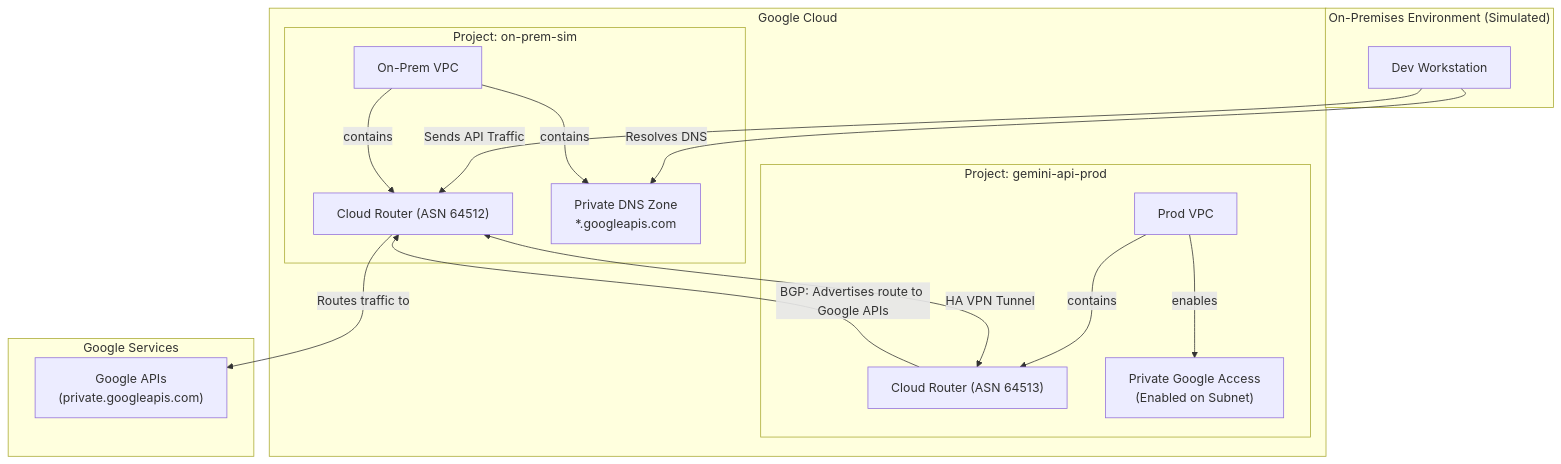
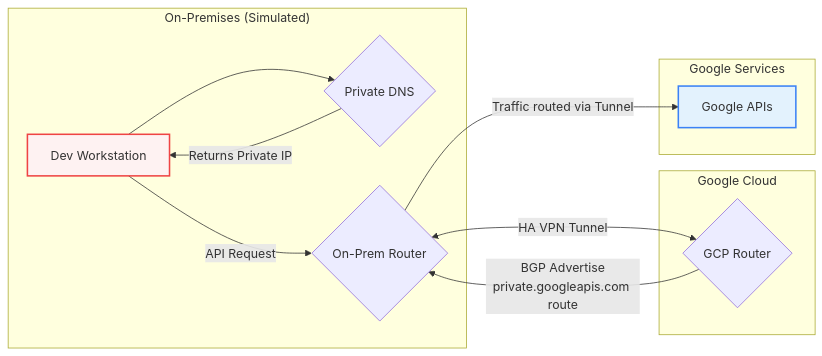
Before and after one commit to rom2019/gcp-hybrid-network-simulation: the diagram in README.md, drawn with Mermaid.

````diff
--- a/README.md
+++ b/README.md
@@ -19,34 +19,23 @@
 ```mermaid
-graph TD
-    subgraph "On-Premises Environment (Simulated)"
-        WORKSTATION["Dev Workstation"]
+graph LR
+    subgraph "On-Premises (Simulated)"
+        A[Dev Workstation] --> B{Private DNS};
+        B -- "Returns Private IP" --> A;
+        A -- "API Request" --> C{On-Prem Router};
     end
 
     subgraph "Google Cloud"
-        subgraph "Project: on-prem-sim"
-            VPC1["On-Prem VPC"]
-            ROUTER1["Cloud Router (ASN 64512)"]
-            DNS["Private DNS Zone<br>*.googleapis.com"]
-            WORKSTATION -- "Resolves DNS" --> DNS
-            WORKSTATION -- "Sends API Traffic" --> ROUTER1
-            VPC1 -- contains --> ROUTER1
-            VPC1 -- contains --> DNS
-        end
-
-        subgraph "Project: gemini-api-prod"
-            VPC2["Prod VPC"]
-            ROUTER2["Cloud Router (ASN 64513)"]
-            PGA["Private Google Access<br>(Enabled on Subnet)"]
-            VPC2 -- contains --> ROUTER2
-            VPC2 -- enables --> PGA
-        end
+        D{GCP Router};
+        D -- "BGP Advertise<br>private.googleapis.com route" --> C;
     end
 
     subgraph "Google Services"
-        APIs["Google APIs<br>(private.googleapis.com)"]
+        E[Google APIs]
     end
 
-    ROUTER1 -- "HA VPN Tunnel" <--> ROUTER2
-    ROUTER2 -- "BGP: Advertises route to Google APIs" --> ROUTER1
-    ROUTER1 -- "Routes traffic to" --> APIs
+    C -- "HA VPN Tunnel" <--> D;
+    C -- "Traffic routed via Tunnel" --> E;
+
+    style A fill:#fef2f2,stroke:#ef4444,stroke-width:2px
+    style E fill:#e3f2fd,stroke:#3b82f6,stroke-width:2px
 ```
````
